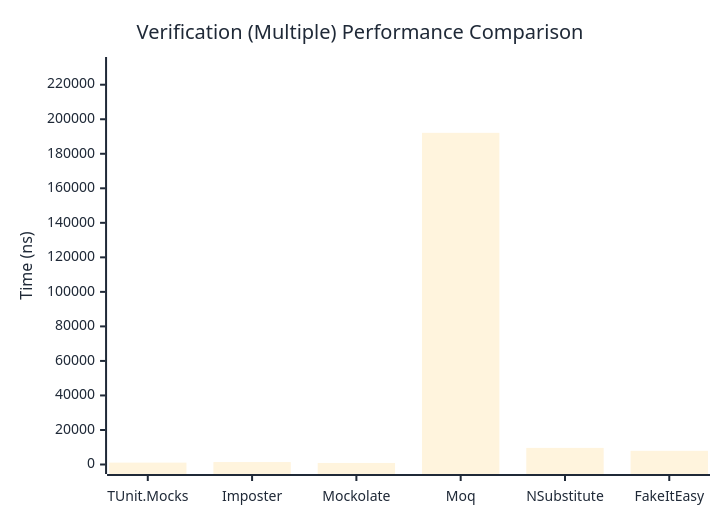
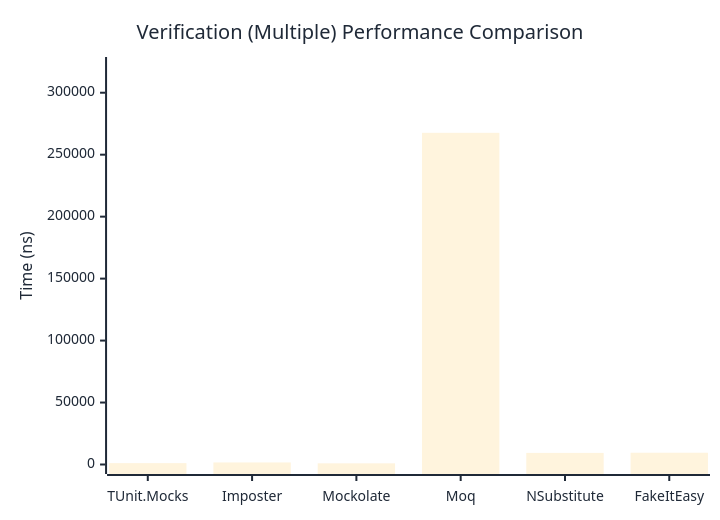
One commit to thomhurst/TUnit changed the third of 3 diagrams in docs/docs/benchmarks/mocks/Verification.md. Above: the diagram before and after it, drawn with Mermaid. The commit also changed other lines of this file and 14 other files, not shown here.

````diff
--- a/docs/docs/benchmarks/mocks/Verification.md
+++ b/docs/docs/benchmarks/mocks/Verification.md
@@ -112,27 +112,27 @@
 ```mermaid
 %%{init: {
   'theme':'base',
   'themeVariables': {
     'primaryColor': '#2563eb',
     'primaryTextColor': '#1f2937',
     'primaryBorderColor': '#1e40af',
     'lineColor': '#6b7280',
     'secondaryColor': '#7c3aed',
     'tertiaryColor': '#dc2626',
     'background': '#ffffff',
     'pie1': '#2563eb',
     'pie2': '#7c3aed',
     'pie3': '#dc2626',
     'pie4': '#f59e0b',
     'pie5': '#10b981',
     'pie6': '#06b6d4',
     'pie7': '#ec4899',
     'pie8': '#6366f1'
   }
 }}%%
 xychart-beta
   title "Verification (Multiple) Performance Comparison"
   x-axis ["TUnit.Mocks", "Imposter", "Mockolate", "Moq", "NSubstitute", "FakeItEasy"]
-  y-axis "Time (ns)" 0 --> 230553
-  bar [1097.56, 1413.35, 894.9, 192127.04, 9616.41, 7925.5]
+  y-axis "Time (ns)" 0 --> 321160
+  bar [1101.59, 1655.42, 945.2, 267633.17, 9368.3, 9486.26]
 ```
````
